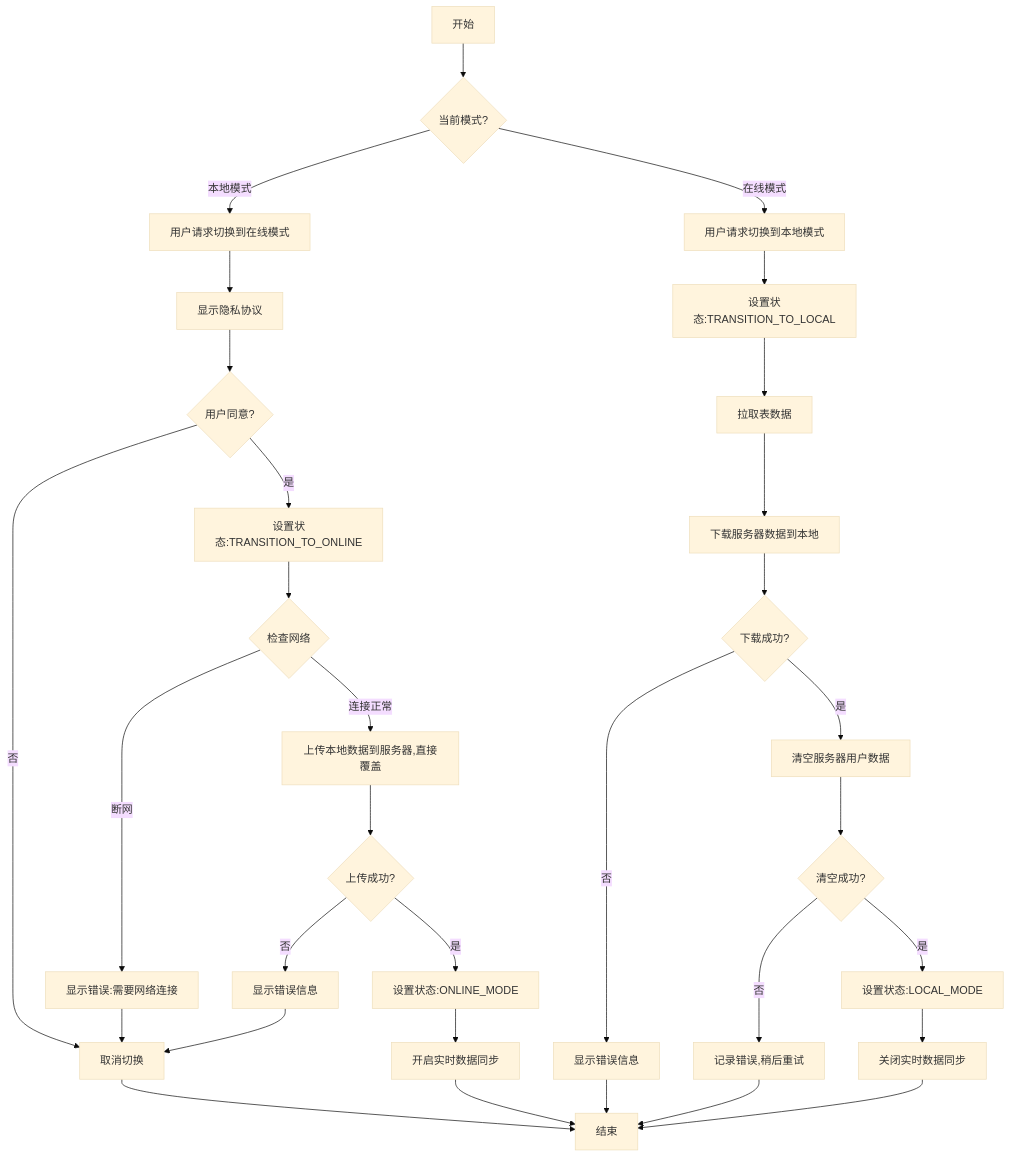
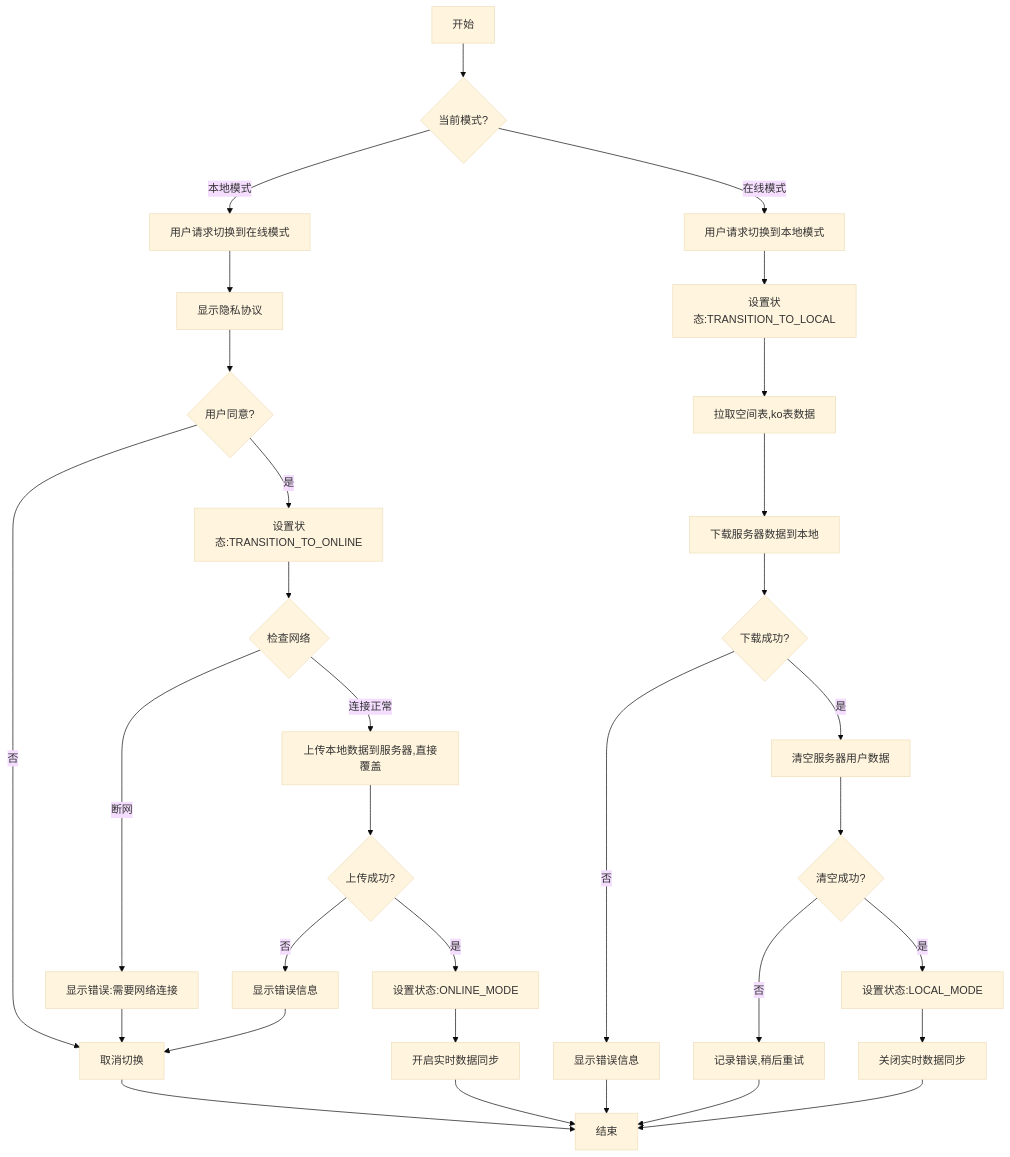
The diagram in all/未命名-50.md (yingjianzh/iodraw-files), drawn with Mermaid (base theme) before and after one commit.

Commit message:
2025-05-08 16:11:32 update

````diff
--- a/all/未命名-50.md
+++ b/all/未命名-50.md
@@ -1,39 +1,39 @@
 ```mermaid
 
 flowchart TD
     A[开始] --> B{当前模式?}
     
     B -->|本地模式| C[用户请求切换到在线模式]
     C --> F[显示隐私协议]
     F --> G{用户同意?}
     G -->|否| H[取消切换]
     H --> Z[结束]
     G -->|是| I[设置状态:TRANSITION_TO_ONLINE]
     I --> J{检查网络}
     J -->|断网| K[显示错误:需要网络连接]
     K --> H
     J -->|连接正常| O[上传本地数据到服务器,直接覆盖]
     O --> P{上传成功?}
     P -->|否| Q[显示错误信息]
     Q --> H
     P -->|是| R[设置状态:ONLINE_MODE]
     R --> S[开启实时数据同步]
     S --> Z
     
     B -->|在线模式| T[用户请求切换到本地模式]
     T --> U[设置状态:TRANSITION_TO_LOCAL]
-    U --> V[拉取表数据]
+    U --> V[拉取空间表,ko表数据]
     
     V --> X[下载服务器数据到本地]
     X --> Y{下载成功?}
     Y -->|否| AA2[显示错误信息]
     AA2 --> Z
     Y -->|是| AB2[清空服务器用户数据]
     AB2 --> AC2{清空成功?}
     AC2 -->|否| AD2[记录错误,稍后重试]
     AD2 --> Z
     AC2 -->|是| AE[设置状态:LOCAL_MODE]
     AE --> AF[关闭实时数据同步]
     AF --> Z
 
 ```
````
